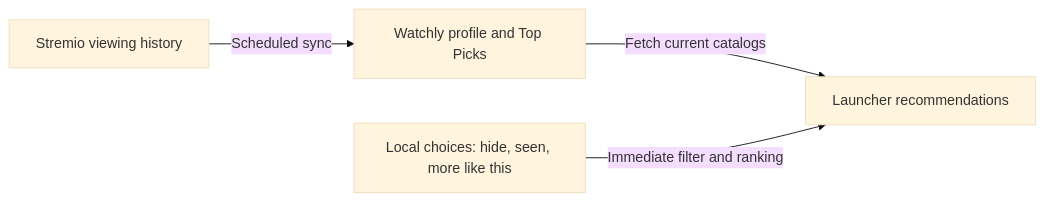
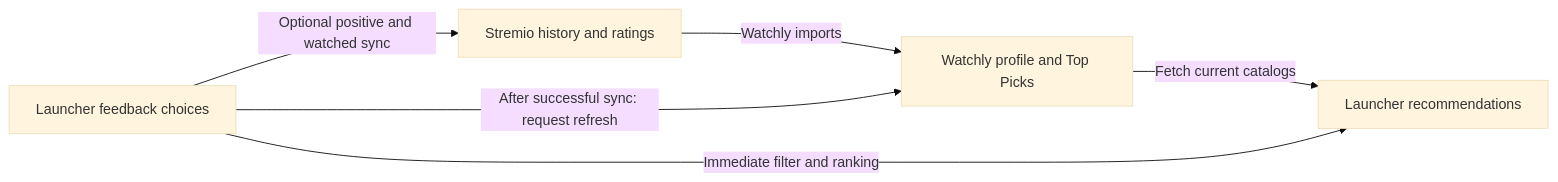
Before and after one commit to simo255/cleanyourtv: the diagram in README.md, drawn with Mermaid (base theme). The commit also changed other lines of this file, not shown here.

Commit message:
README: explain watched and liked choices and account sync

````diff
--- a/README.md
+++ b/README.md
@@ -100,6 +104,8 @@
 ```mermaid
 flowchart LR
-    S[Stremio viewing history] -->|Scheduled sync| W[Watchly profile and Top Picks]
+    S[Stremio history and ratings] -->|Watchly imports| W[Watchly profile and Top Picks]
     W -->|Fetch current catalogs| H[Launcher recommendations]
-    L[Local choices: hide, seen, more like this] -->|Immediate filter and ranking| H
+    L[Launcher feedback choices] -->|Immediate filter and ranking| H
+    L -->|Optional positive and watched sync| S
+    L -->|After successful sync: request refresh| W
 ```
````
